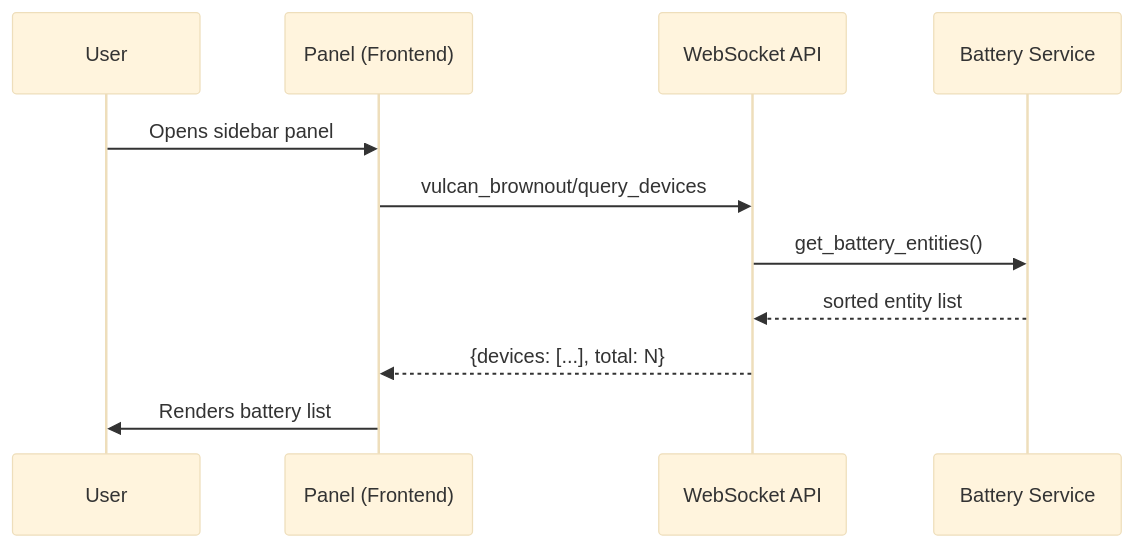
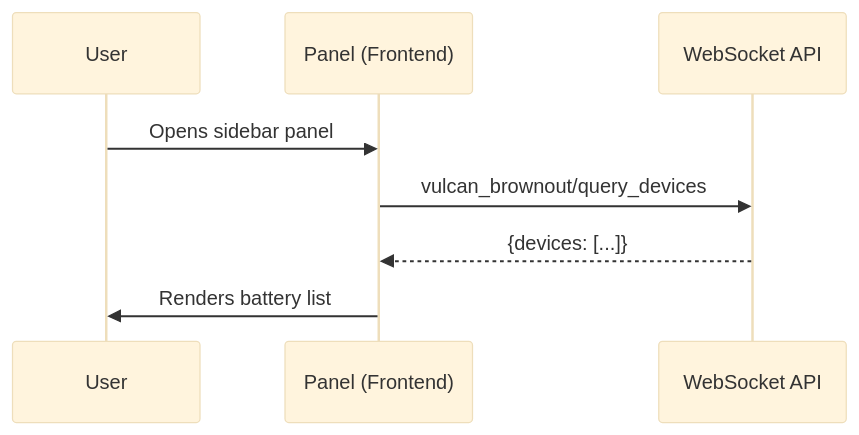
Before and after one commit to declanshanaghy/vulcan-brownout: the third of 6 diagrams in vulcan-brownout-team/ux-designer/ux-assets/mermaid-style-guide.md, drawn with Mermaid (base theme). The commit also changed other lines of this file and 77 other files, not shown here.

````diff
--- a/vulcan-brownout-team/ux-designer/ux-assets/mermaid-style-guide.md
+++ b/vulcan-brownout-team/ux-designer/ux-assets/mermaid-style-guide.md
@@ -71,14 +67,11 @@
 ```mermaid
 sequenceDiagram
     participant U as User
     participant P as Panel (Frontend)
     participant W as WebSocket API
-    participant B as Battery Service
 
     U->>P: Opens sidebar panel
     P->>W: vulcan_brownout/query_devices
-    W->>B: get_battery_entities()
-    B-->>W: sorted entity list
-    W-->>P: {devices: [...], total: N}
+    W-->>P: {devices: [...]}
     P->>U: Renders battery list
 ```
````
